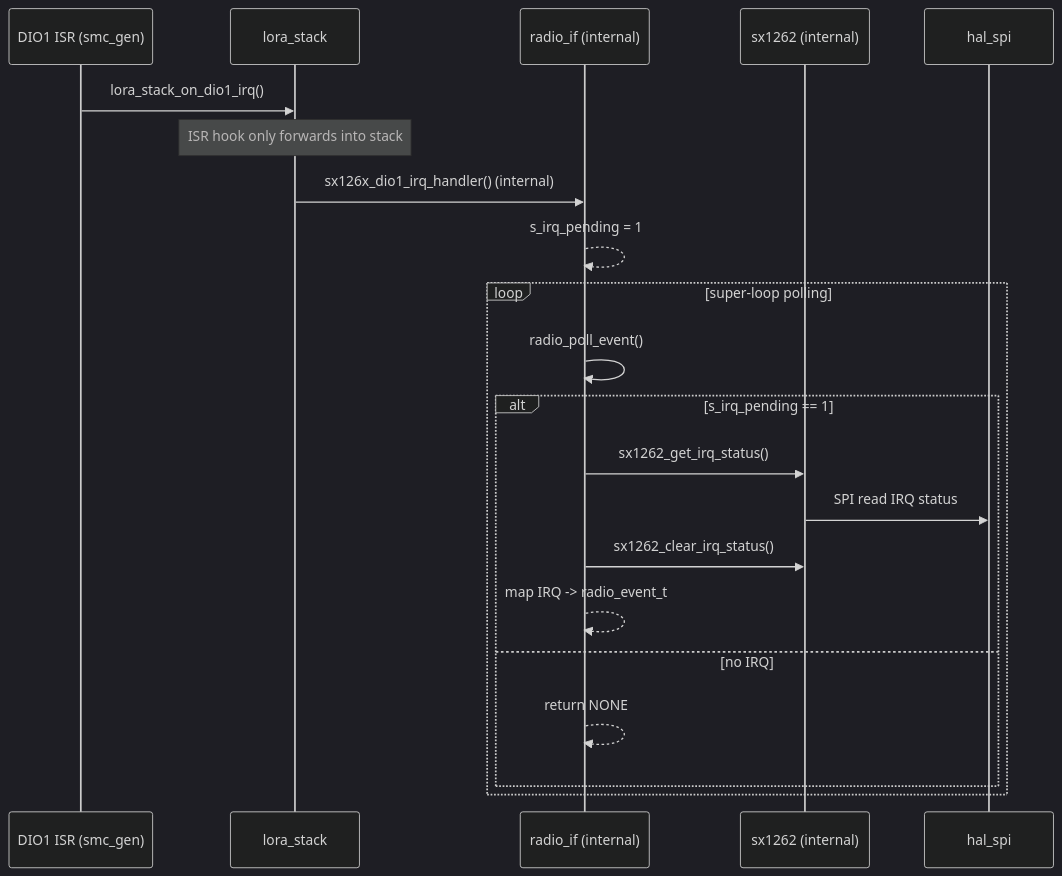
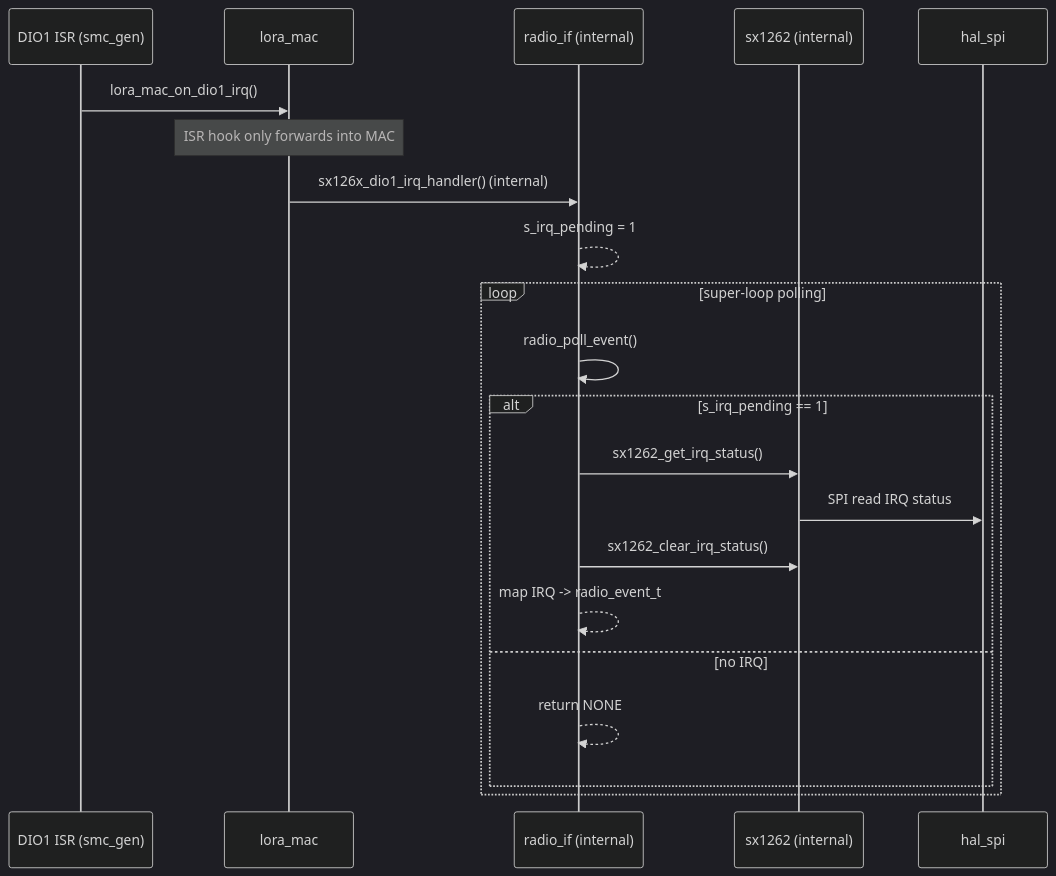
One commit to vuvantruong120896/emic_lora_protocol changed the ninth of 10 diagrams in EMIC_LORA_PROTOCOL/docs/layer_call_flow.md. Above: the diagram before and after it, drawn with Mermaid (dark theme). The commit also changed other lines of this file and 41 other files, not shown here.

````diff
--- a/EMIC_LORA_PROTOCOL/docs/layer_call_flow.md
+++ b/EMIC_LORA_PROTOCOL/docs/layer_call_flow.md
@@ -319,25 +397,25 @@
 ```mermaid
 sequenceDiagram
   participant ISR as DIO1 ISR (smc_gen)
-  participant STACK as lora_stack
+  participant MAC as lora_mac
   participant RADIO as radio_if (internal)
   participant SX as sx1262 (internal)
   participant SPI as hal_spi
 
-  ISR->>STACK: lora_stack_on_dio1_irq()
-  Note over STACK: ISR hook only forwards into stack
-  STACK->>RADIO: sx126x_dio1_irq_handler() (internal)
+  ISR->>MAC: lora_mac_on_dio1_irq()
+  Note over MAC: ISR hook only forwards into MAC
+  MAC->>RADIO: sx126x_dio1_irq_handler() (internal)
   RADIO-->>RADIO: s_irq_pending = 1
 
   loop super-loop polling
     RADIO->>RADIO: radio_poll_event()
     alt s_irq_pending == 1
       RADIO->>SX: sx1262_get_irq_status()
       SX->>SPI: SPI read IRQ status
       RADIO->>SX: sx1262_clear_irq_status()
       RADIO-->>RADIO: map IRQ -> radio_event_t
     else no IRQ
       RADIO-->>RADIO: return NONE
     end
   end
 ```
````
